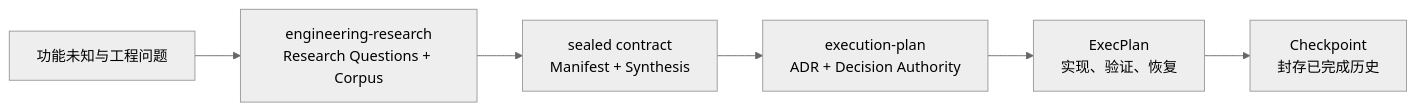
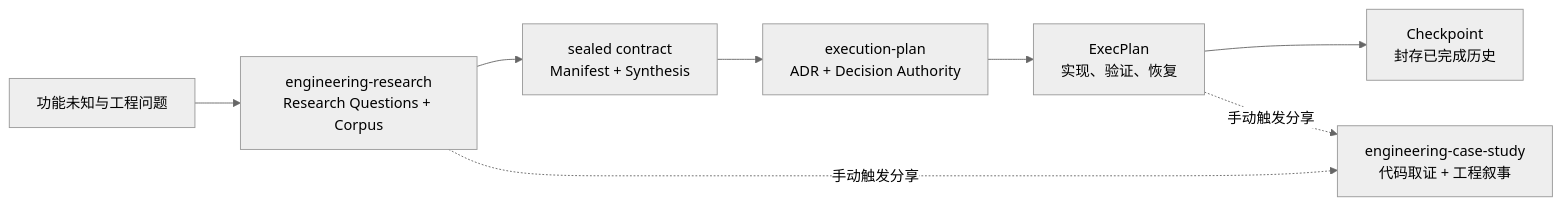
Before and after one commit to XiaoWeiKIN/RepoFoundryAI: the first of 5 diagrams in README.md, drawn with Mermaid (neutral theme). The commit also changed other lines of this file and 12 other files, not shown here.

Commit message:
feat: add engineering case study skill

````diff
--- a/README.md
+++ b/README.md
@@ -12,8 +14,10 @@
 ```mermaid
 flowchart LR
     U["功能未知与工程问题"] --> R["engineering-research<br/>Research Questions + Corpus"]
     R --> M["sealed contract<br/>Manifest + Synthesis"]
     M --> A["execution-plan<br/>ADR + Decision Authority"]
     A --> E["ExecPlan<br/>实现、验证、恢复"]
     E --> C["Checkpoint<br/>封存已完成历史"]
+    R -. "手动触发分享" .-> S["engineering-case-study<br/>代码取证 + 工程叙事"]
+    E -. "手动触发分享" .-> S
 ```
````
